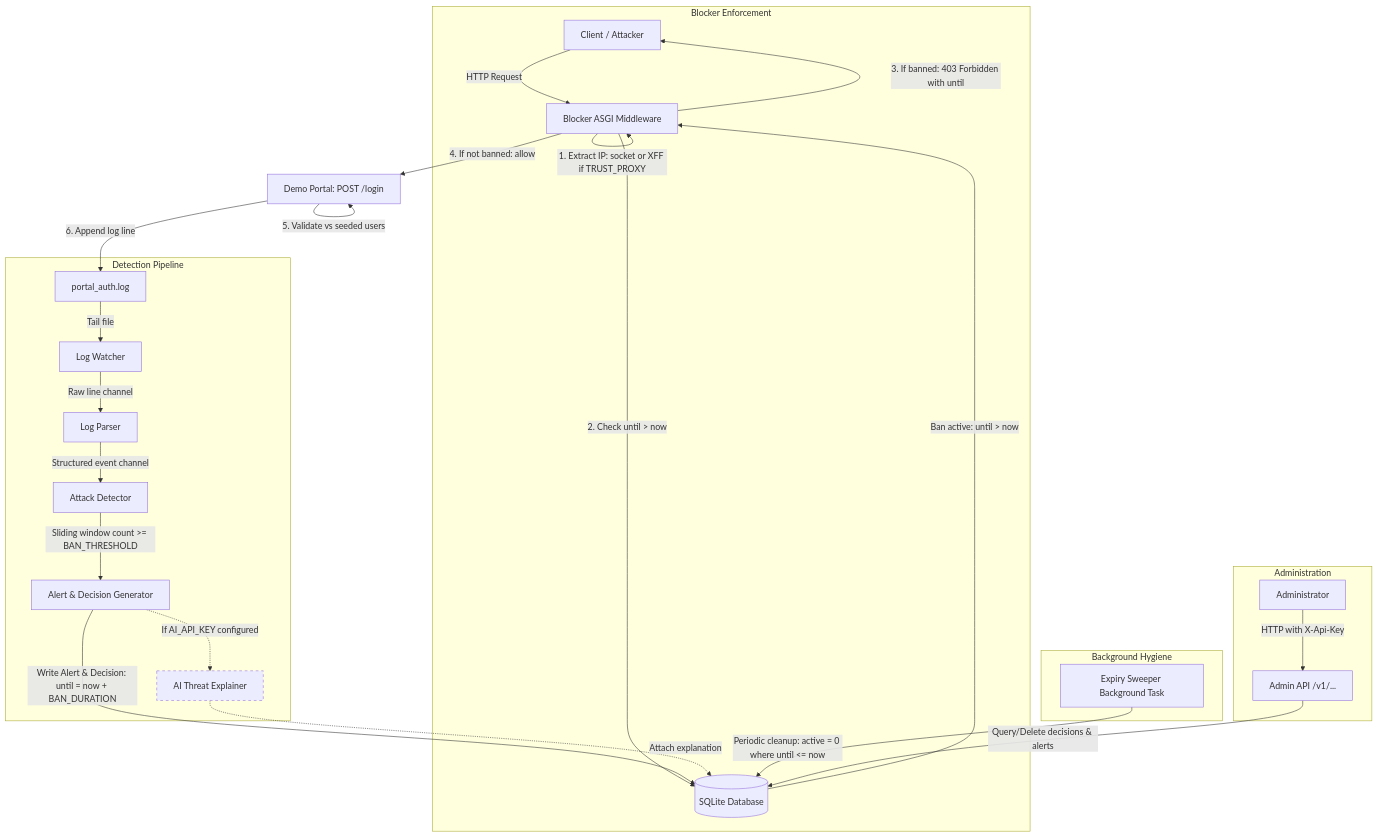
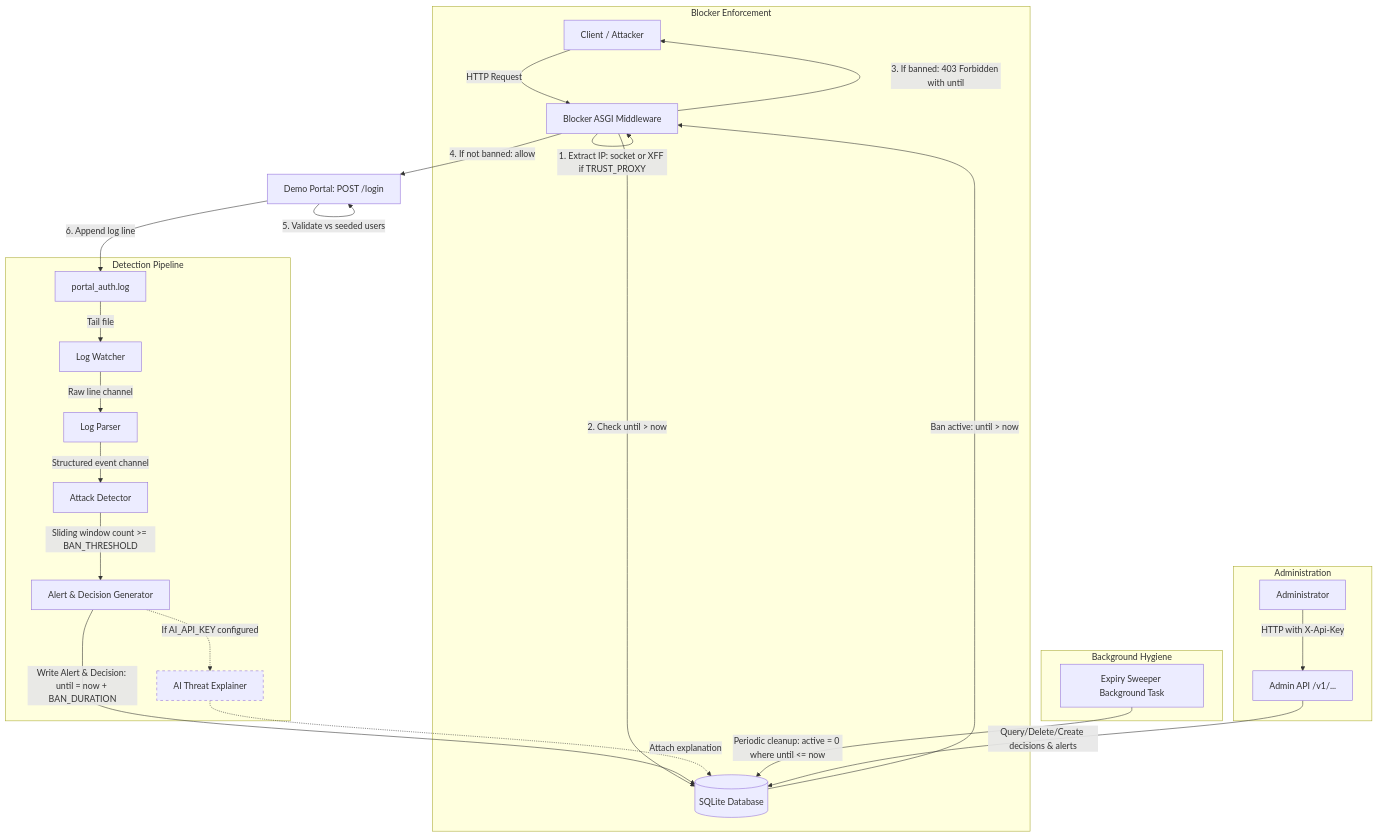
One commit to Tanushri-07/sentinel-intrusion-detection changed the diagram in docs/ARCHITECTURE.md. Above: the diagram before and after it, drawn with Mermaid. The commit also changed other lines of this file and 5 other files, not shown here.

````diff
--- a/docs/ARCHITECTURE.md
+++ b/docs/ARCHITECTURE.md
@@ -139,36 +222,36 @@
 ```mermaid
 flowchart TD
     Client[Client / Attacker] -->|HTTP Request| Blocker[Blocker ASGI Middleware]
     
     subgraph Blocker Enforcement
         Blocker -->|1. Extract IP: socket or XFF if TRUST_PROXY| Blocker
         Blocker -->|2. Check until > now| DS[(SQLite Database)]
         DS -->|Ban active: until > now| Blocker
         Blocker -->|3. If banned: 403 Forbidden with until| Client
     end
 
     Blocker -->|4. If not banned: allow| Portal[Demo Portal: POST /login]
     Portal -->|5. Validate vs seeded users| Portal
     Portal -->|6. Append log line| LogFile[portal_auth.log]
     
     subgraph Detection Pipeline
         LogFile -->|Tail file| Watcher[Log Watcher]
         Watcher -->|Raw line channel| Parser[Log Parser]
         Parser -->|Structured event channel| Detector[Attack Detector]
         Detector -->|Sliding window count >= BAN_THRESHOLD| AlertGen[Alert & Decision Generator]
         AlertGen -->|Write Alert & Decision: until = now + BAN_DURATION| DS
         AlertGen -.->|If AI_API_KEY configured| AI[AI Threat Explainer]
         AI -.->|Attach explanation| DS
     end
 
     subgraph Background Hygiene
         Sweeper[Expiry Sweeper Background Task] -->|Periodic cleanup: active = 0 where until <= now| DS
     end
 
     subgraph Administration
         Admin[Administrator] -->|HTTP with X-Api-Key| AdminAPI[Admin API /v1/...]
-        AdminAPI -->|Query/Delete decisions & alerts| DS
+        AdminAPI -->|Query/Delete/Create decisions & alerts| DS
     end
 
     style AI stroke-dasharray: 5 5
 ```
````
